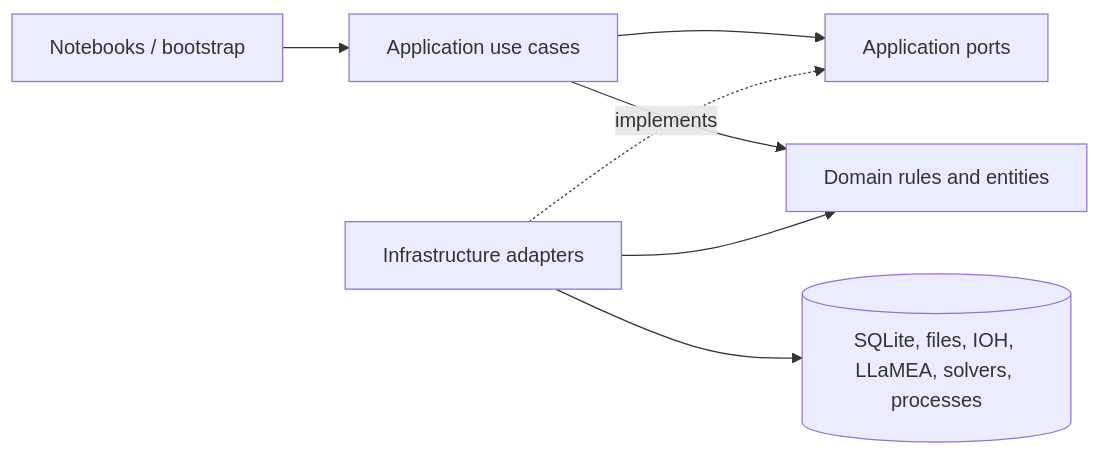
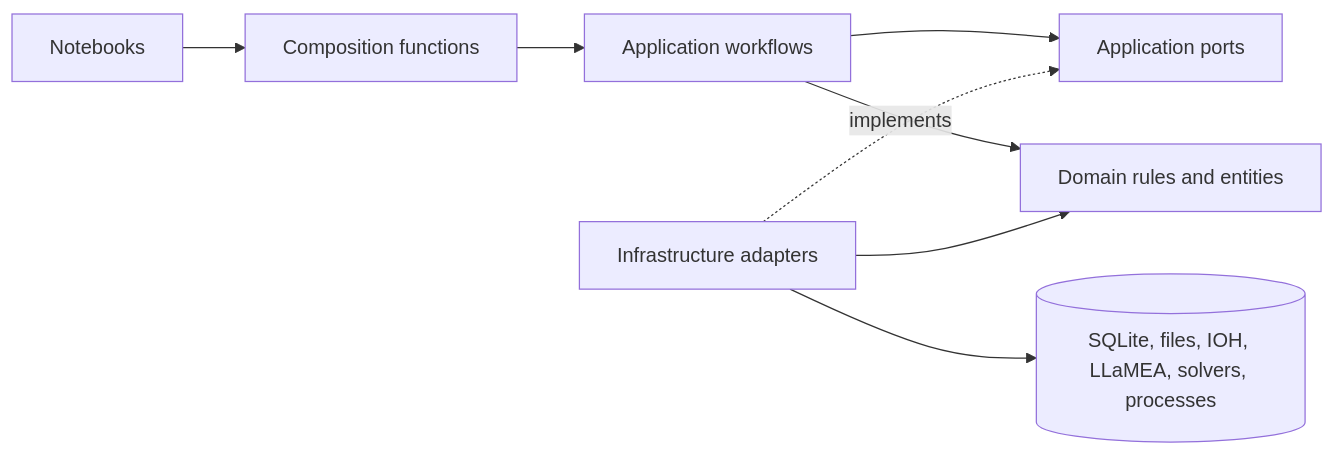
The diagram in docs/architecture/system_architecture.md (Nicola-Ibrahim/AAD_LLM), drawn with Mermaid before and after one commit. The commit also changed other lines of this file and 100 other files, not shown here.

First line of the commit message:
Refactor tests to align with new architecture and module structure

````diff
--- a/docs/architecture/system_architecture.md
+++ b/docs/architecture/system_architecture.md
@@ -10,9 +10,10 @@
 ```mermaid
 flowchart LR
-    Entry[Notebooks / bootstrap] --> App[Application use cases]
+    Entry[Notebooks] --> Bootstrap[Composition functions]
+    Bootstrap --> App[Application workflows]
     App --> Ports[Application ports]
     App --> Domain[Domain rules and entities]
     Infra[Infrastructure adapters] -. implements .-> Ports
     Infra --> Domain
     Infra --> External[(SQLite, files, IOH, LLaMEA, solvers, processes)]
 ```
````
